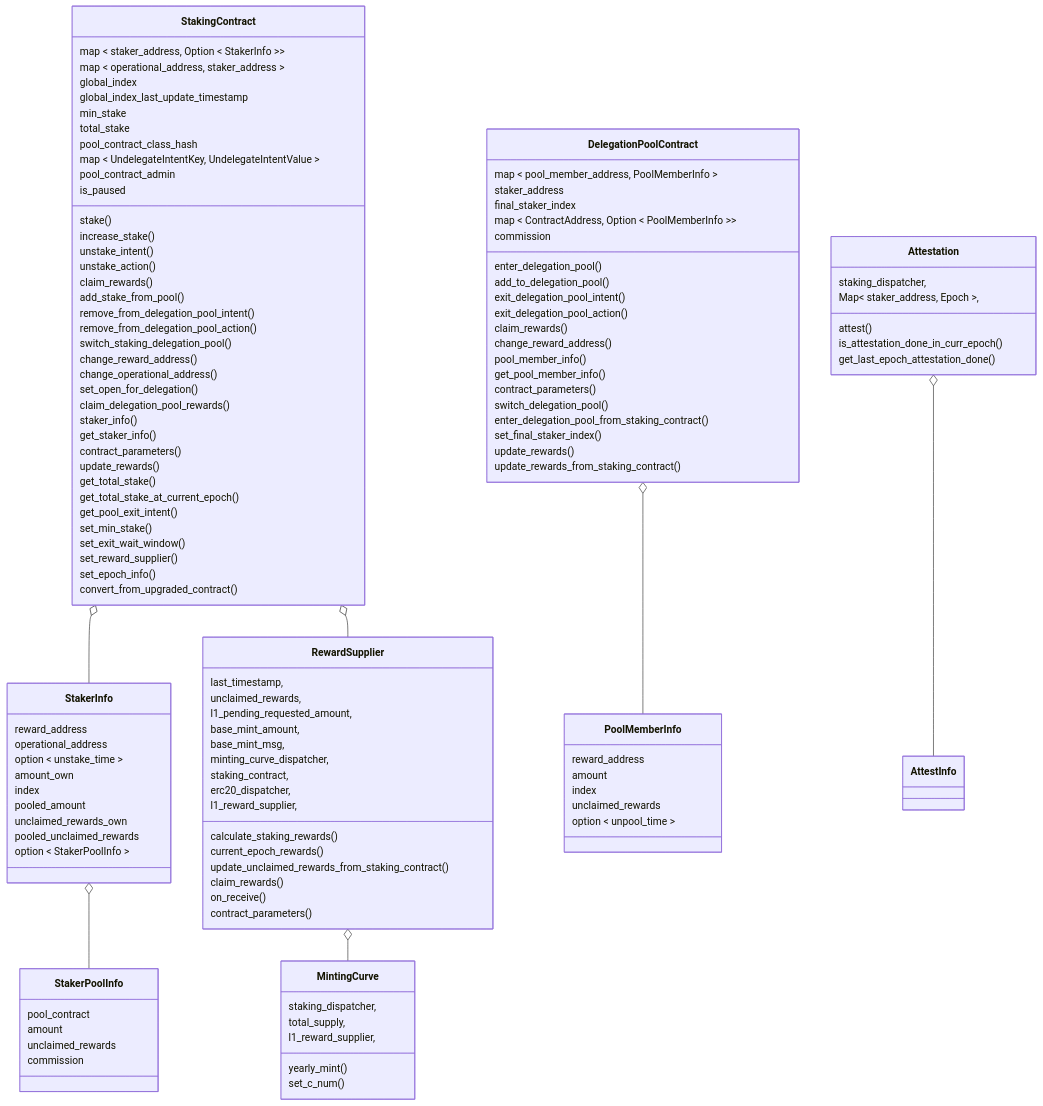
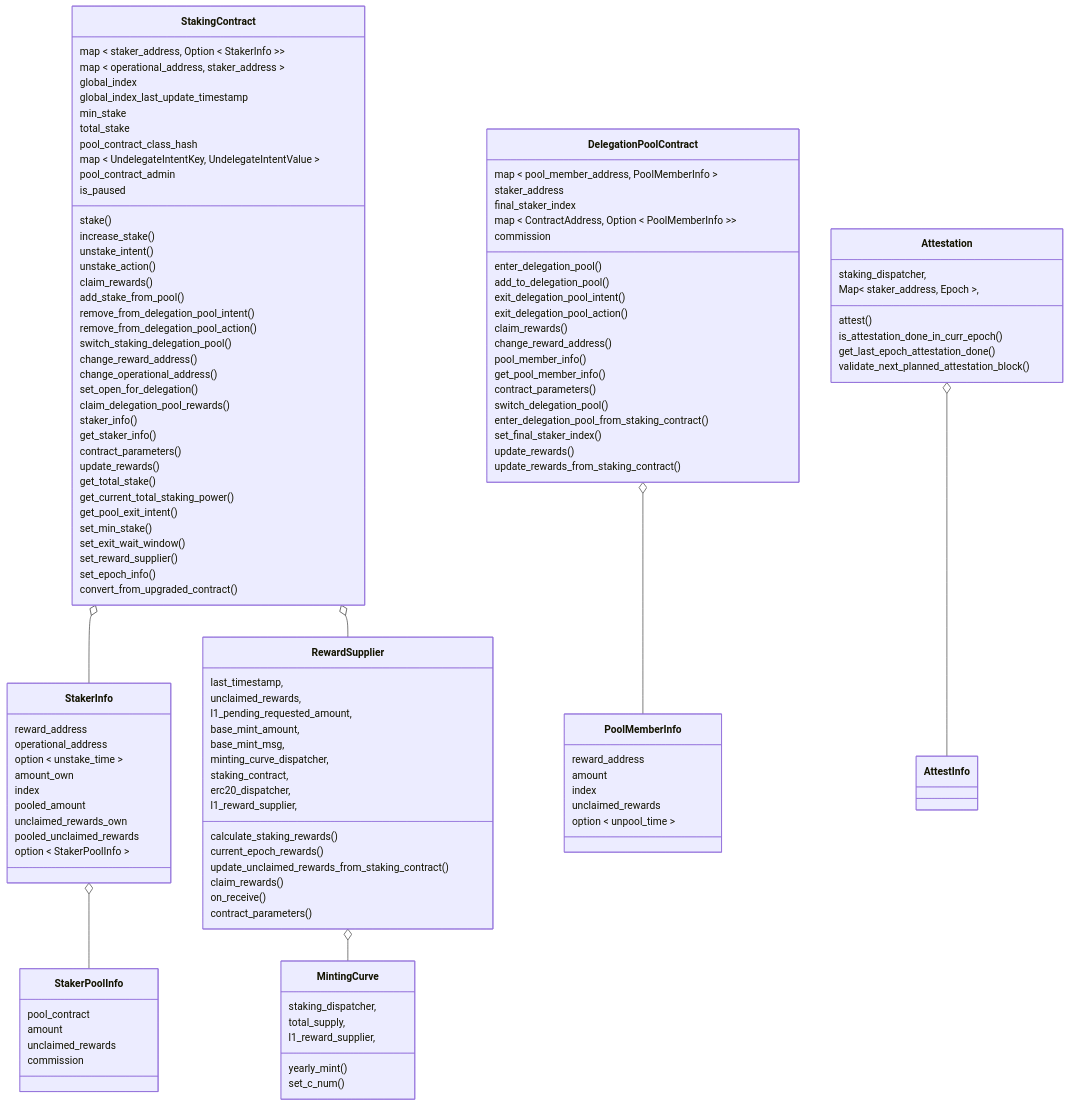
The first of 8 diagrams in docs/spec.md (starkware-libs/starknet-staking), drawn with Mermaid before and after one commit. The commit also changed other lines of this file and 112 other files, not shown here.

Commit message:
fix(staking): staker balance curr epoch

```diff
--- a/docs/spec.md
+++ b/docs/spec.md
@@ -218,7 +221,7 @@
     contract_parameters()
     update_rewards()
     get_total_stake()
-    get_total_stake_at_current_epoch()
+    get_current_total_staking_power()
     get_pool_exit_intent()
     set_min_stake()
     set_exit_wait_window()
@@ -301,6 +304,7 @@
     attest()
     is_attestation_done_in_curr_epoch()
     get_last_epoch_attestation_done()
+    validate_next_planned_attestation_block()
   }
   class AttestInfo{
   }
```
